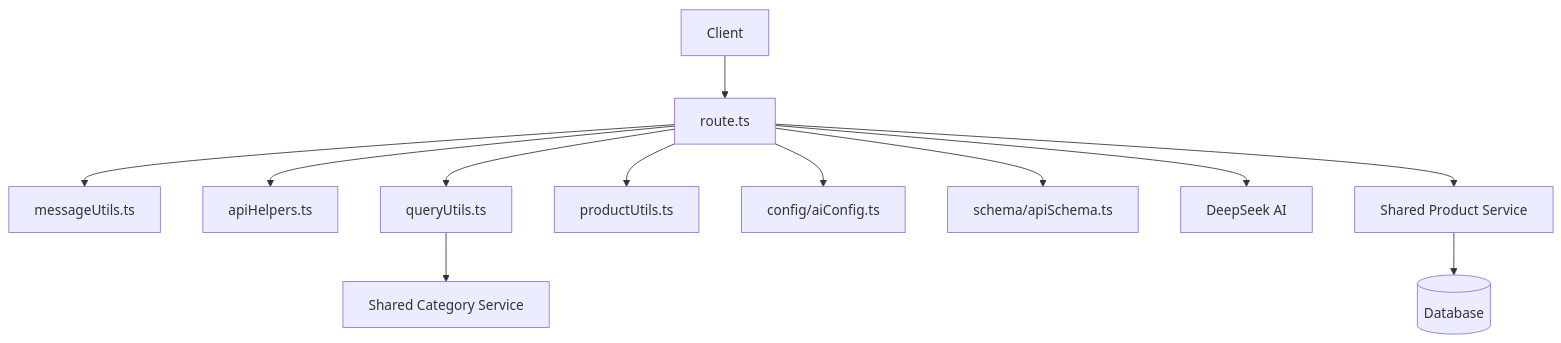
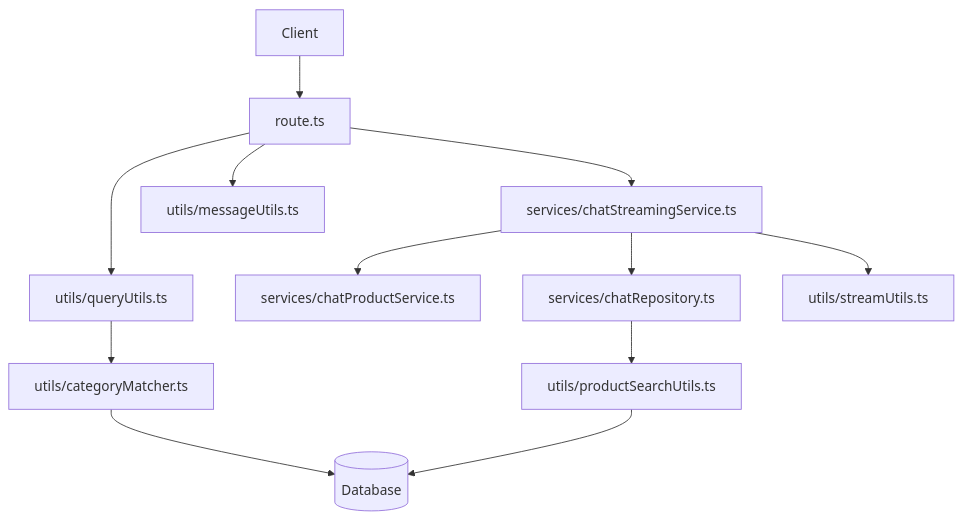
One commit to dennisvaga/bodyfuel changed the diagram in apps/shop/src/app/api/chat/README.md. Above: the diagram before and after it, drawn with Mermaid. The commit also changed other lines of this file and 14 other files, not shown here.

First line of the commit message:
feat: Implement product search and streaming functionality

````diff
--- a/apps/shop/src/app/api/chat/README.md
+++ b/apps/shop/src/app/api/chat/README.md
@@ -28,14 +34,16 @@
 ```mermaid
 flowchart TD
     Client[Client] --> Route[route.ts]
-    Route --> MessageUtils[messageUtils.ts]
-    Route --> ApiHelpers[apiHelpers.ts]
-    Route --> QueryUtils[queryUtils.ts]
-    Route --> ProductUtils[productUtils.ts]
-    Route --> AIConfig[config/aiConfig.ts]
-    Route --> Schema[schema/apiSchema.ts]
-    Route --> AI[DeepSeek AI]
-    QueryUtils --> CategoryService[Shared Category Service]
-    Route --> ProductService[Shared Product Service]
-    ProductService --> Database[(Database)]
+    Route --> QueryUtils[utils/queryUtils.ts]
+    Route --> MessageUtils[utils/messageUtils.ts]
+    Route --> StreamingService[services/chatStreamingService.ts]
+
+    StreamingService --> ProductService[services/chatProductService.ts]
+    StreamingService --> Repository[services/chatRepository.ts]
+    StreamingService --> StreamUtils[utils/streamUtils.ts]
+
+    QueryUtils --> CategoryMatcher[utils/categoryMatcher.ts]
+    Repository --> ProductSearchUtils[utils/productSearchUtils.ts]
+    ProductSearchUtils --> Database[(Database)]
+    CategoryMatcher --> Database
 ```
````
